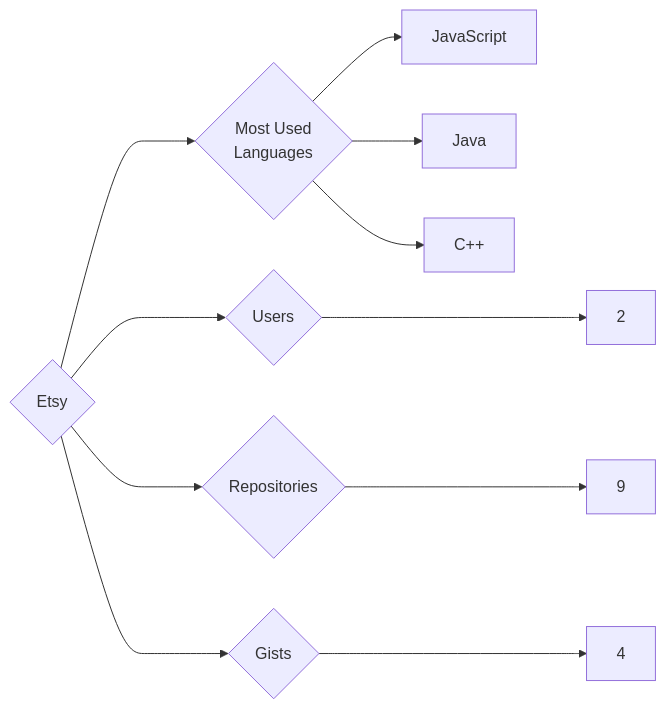
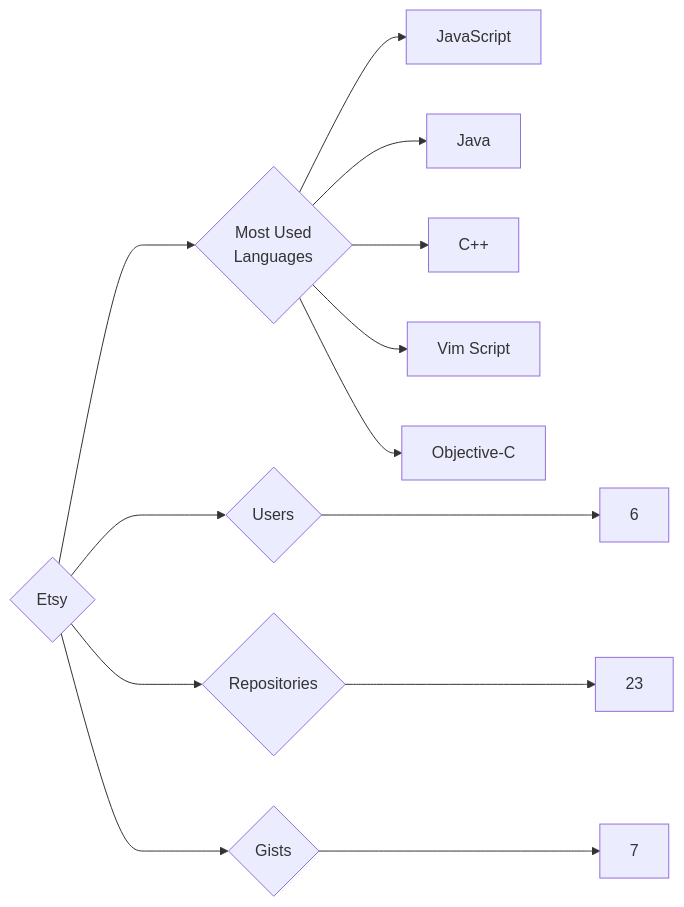
One commit to trickest/insiders changed the diagram in targets/Etsy/README.md. Above: the diagram before and after it, drawn with Mermaid. The commit also changed 997 other files, not shown here.

````diff
--- a/targets/Etsy/README.md
+++ b/targets/Etsy/README.md
@@ -3,11 +3,13 @@
 ```mermaid
 graph LR
 COMPANY_NAME{Etsy}
-COMPANY_NAME ---> U{Users} ---> UN[2]
-COMPANY_NAME ---> R{Repositories} ---> RN[9]
-COMPANY_NAME ---> G{Gists} ---> GN[4]
+COMPANY_NAME ---> U{Users} ---> UN[6]
+COMPANY_NAME ---> R{Repositories} ---> RN[23]
+COMPANY_NAME ---> G{Gists} ---> GN[7]
 COMPANY_NAME ---> ML{Most Used<br>Languages}
 ML --> JavaScript[JavaScript]
 ML --> Java[Java]
 ML --> C++[C++]
+ML --> Vim_Script[Vim Script]
+ML --> Objective-C[Objective-C]
 ```
````
